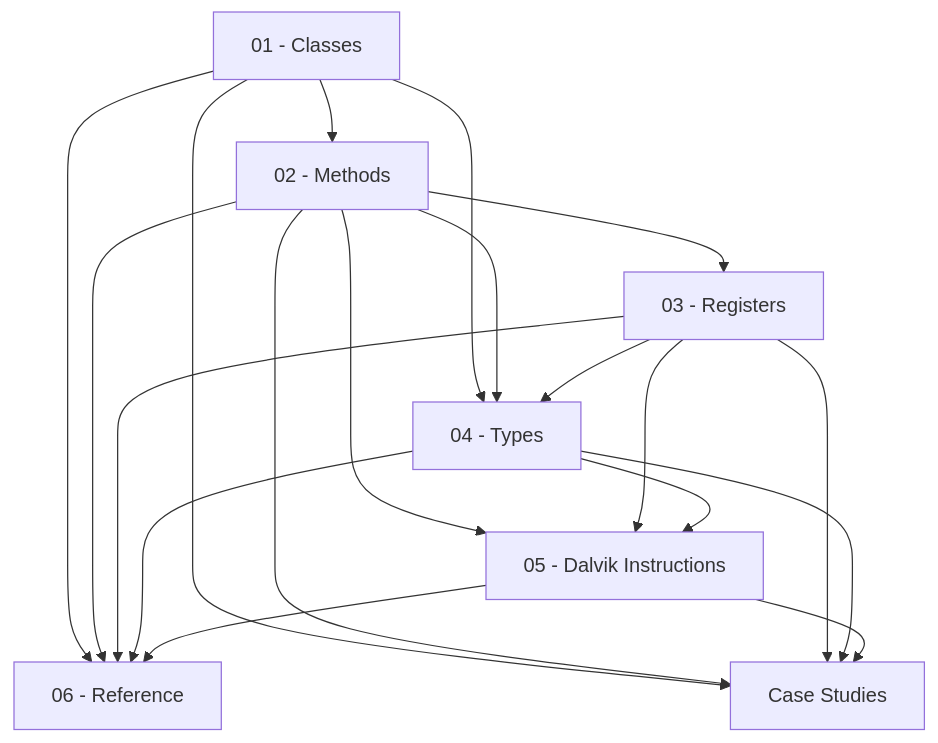
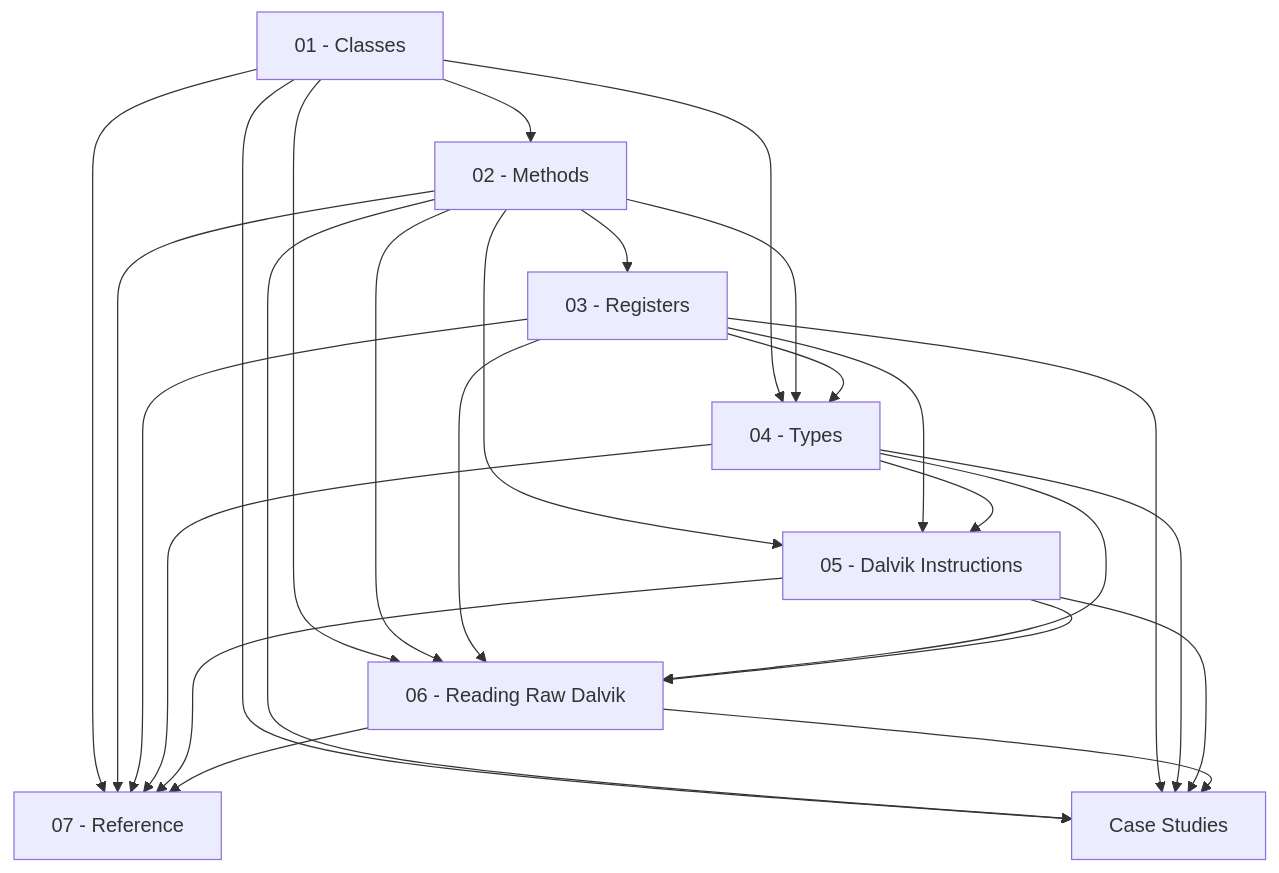
Before and after one commit to Bavuett/reverse-engineering: the second of 2 diagrams in 01-Dalvik-Bytecode/Dalvik-Bytecode.md, drawn with Mermaid. The commit also changed other lines of this file and 31 other files, not shown here.

First line of the commit message:
Add Reading-Raw-Dalvik chapter and TUA smali sources; commit prior ClasseViva/Frida notes

````diff
--- a/01-Dalvik-Bytecode/Dalvik-Bytecode.md
+++ b/01-Dalvik-Bytecode/Dalvik-Bytecode.md
@@ -37,13 +39,14 @@
 ```mermaid
 graph TD
     C1[01 - Classes] --> C2[02 - Methods]
     C2 --> C3[03 - Registers]
     C1 --> C4[04 - Types]
     C2 --> C4
     C3 --> C4
     C2 --> C5[05 - Dalvik Instructions]
     C3 --> C5
     C4 --> C5
-    C1 & C2 & C3 & C4 & C5 --> R[06 - Reference]
-    C1 & C2 & C3 & C4 & C5 --> CS[Case Studies]
+    C1 & C2 & C3 & C4 & C5 --> C6[06 - Reading Raw Dalvik]
+    C1 & C2 & C3 & C4 & C5 & C6 --> R[07 - Reference]
+    C1 & C2 & C3 & C4 & C5 & C6 --> CS[Case Studies]
 ```
````
